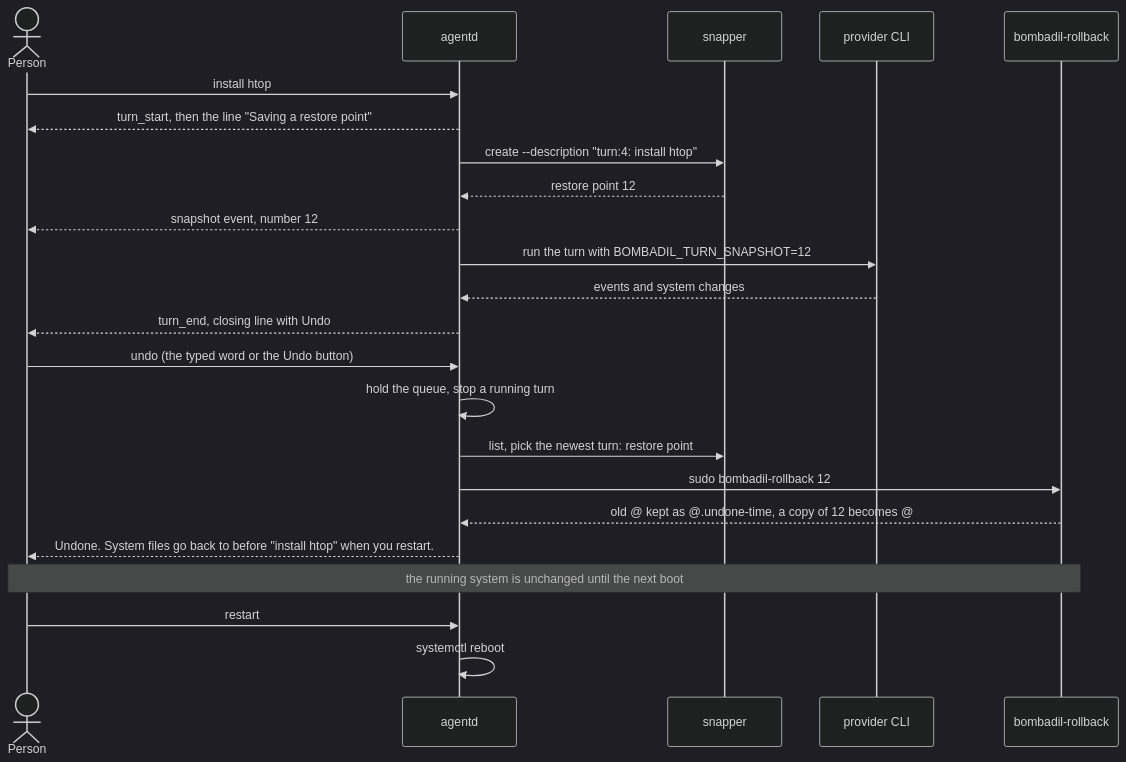
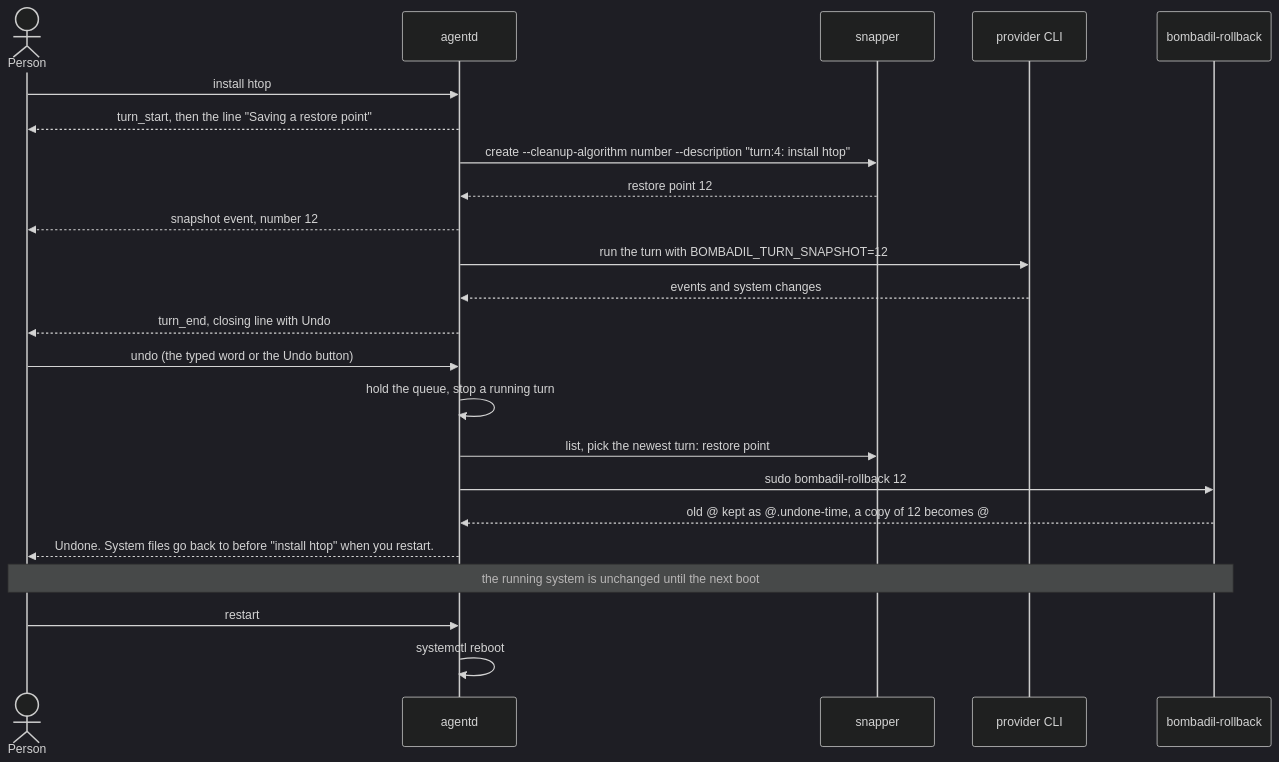
Before and after one commit to thedefaultman/Bombadil: the first of 2 diagrams in docs/architecture/restore-points.md, drawn with Mermaid (dark theme). The commit also changed other lines of this file and 31 other files, not shown here.

````diff
--- a/docs/architecture/restore-points.md
+++ b/docs/architecture/restore-points.md
@@ -39,25 +39,25 @@
 ```mermaid
 sequenceDiagram
     actor P as Person
     participant A as agentd
     participant S as snapper
     participant C as provider CLI
     participant R as bombadil-rollback
     P->>A: install htop
     A-->>P: turn_start, then the line "Saving a restore point"
-    A->>S: create --description "turn:4: install htop"
+    A->>S: create --cleanup-algorithm number --description "turn:4: install htop"
     S-->>A: restore point 12
     A-->>P: snapshot event, number 12
     A->>C: run the turn with BOMBADIL_TURN_SNAPSHOT=12
     C-->>A: events and system changes
     A-->>P: turn_end, closing line with Undo
     P->>A: undo (the typed word or the Undo button)
     A->>A: hold the queue, stop a running turn
     A->>S: list, pick the newest turn: restore point
     A->>R: sudo bombadil-rollback 12
     R-->>A: old @ kept as @.undone-time, a copy of 12 becomes @
     A-->>P: Undone. System files go back to before "install htop" when you restart.
     Note over P,R: the running system is unchanged until the next boot
     P->>A: restart
     A->>A: systemctl reboot
 ```
````
